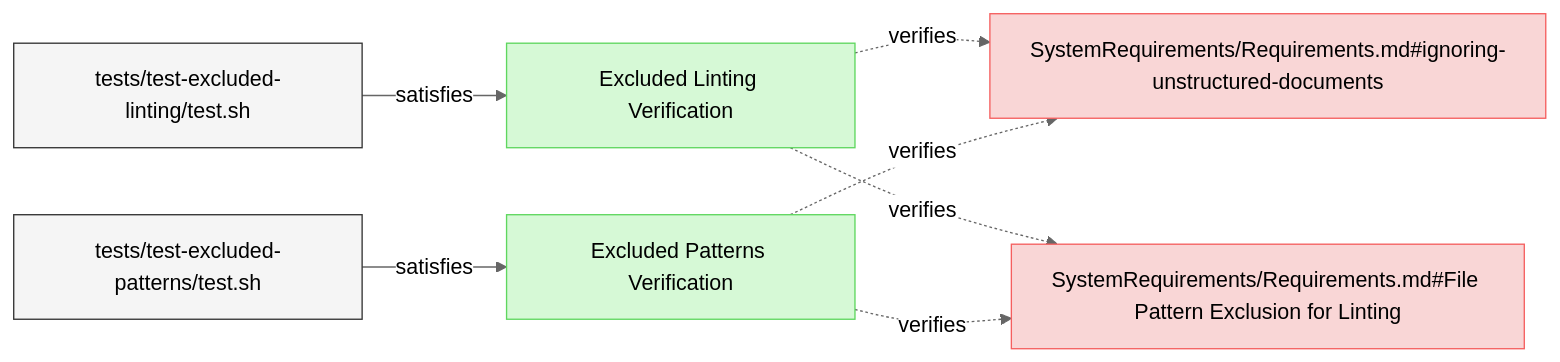
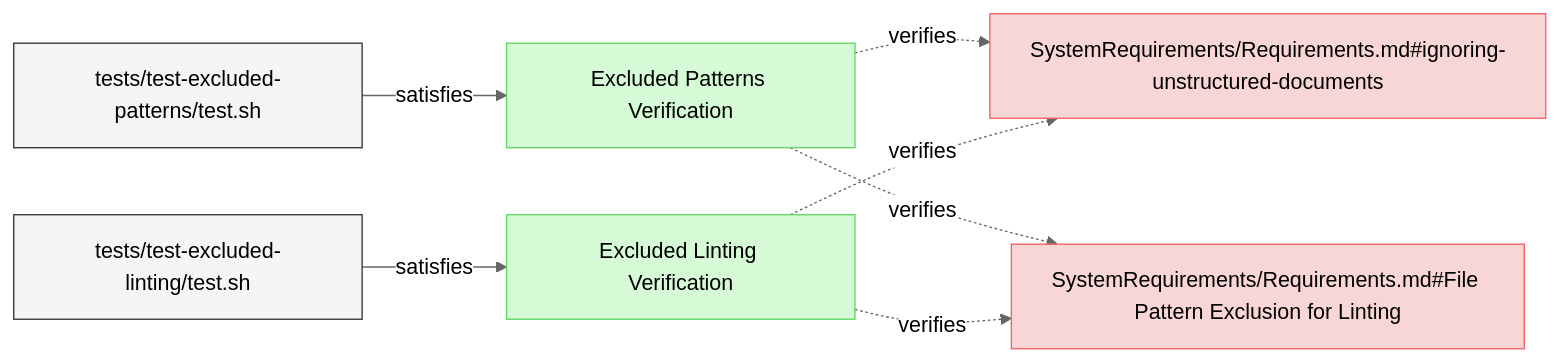
Before and after one commit to reqvire-org/reqvire: the third of 3 diagrams in specifications/Verifications/LintingTests.md, drawn with Mermaid (neutral theme). The commit also changed other lines of this file and 18 other files, not shown here.

````diff
--- a/specifications/Verifications/LintingTests.md
+++ b/specifications/Verifications/LintingTests.md
@@ -235,33 +235,33 @@
 ```mermaid
 graph LR;
   %% Graph styling
   classDef requirement fill:#f9d6d6,stroke:#f55f5f,stroke-width:1px;
   classDef verification fill:#d6f9d6,stroke:#5fd75f,stroke-width:1px;
   classDef externalLink fill:#d0e0ff,stroke:#3080ff,stroke-width:1px;
   classDef default fill:#f5f5f5,stroke:#333333,stroke-width:1px;
 
+  590a4cc1c558992f["Excluded Patterns Verification"];
+  class 590a4cc1c558992f verification;
+  click 590a4cc1c558992f "LintingTests.md#excluded-patterns-verification";
+  be83c2991e9535c7["SystemRequirements/Requirements.md#ignoring-unstructured-documents"];
+  class be83c2991e9535c7 requirement;
+  click be83c2991e9535c7 "../SystemRequirements/Requirements.md#ignoring-unstructured-documents";
+  590a4cc1c558992f -.->|verifies| be83c2991e9535c7;
+  bef37c31db69b66a["SystemRequirements/Requirements.md#File Pattern Exclusion for Linting"];
+  class bef37c31db69b66a requirement;
+  click bef37c31db69b66a "../SystemRequirements/Requirements.md#file-pattern-exclusion-for-linting";
+  590a4cc1c558992f -.->|verifies| bef37c31db69b66a;
+  a29e69e90fa71f39["tests/test-excluded-patterns/test.sh"];
+  class a29e69e90fa71f39 default;
+  click a29e69e90fa71f39 "../../tests/test-excluded-patterns/test.sh";
+  a29e69e90fa71f39 -->|satisfies| 590a4cc1c558992f;
   71b5a1d5e278aa8e["Excluded Linting Verification"];
   class 71b5a1d5e278aa8e verification;
   click 71b5a1d5e278aa8e "LintingTests.md#excluded-linting-verification";
-  be83c2991e9535c7["SystemRequirements/Requirements.md#ignoring-unstructured-documents"];
-  class be83c2991e9535c7 requirement;
-  click be83c2991e9535c7 "../SystemRequirements/Requirements.md#ignoring-unstructured-documents";
   71b5a1d5e278aa8e -.->|verifies| be83c2991e9535c7;
-  bef37c31db69b66a["SystemRequirements/Requirements.md#File Pattern Exclusion for Linting"];
-  class bef37c31db69b66a requirement;
-  click bef37c31db69b66a "../SystemRequirements/Requirements.md#file-pattern-exclusion-for-linting";
   71b5a1d5e278aa8e -.->|verifies| bef37c31db69b66a;
   de8bc63ebb2a09e7["tests/test-excluded-linting/test.sh"];
   class de8bc63ebb2a09e7 default;
   click de8bc63ebb2a09e7 "../../tests/test-excluded-linting/test.sh";
   de8bc63ebb2a09e7 -->|satisfies| 71b5a1d5e278aa8e;
-  590a4cc1c558992f["Excluded Patterns Verification"];
-  class 590a4cc1c558992f verification;
-  click 590a4cc1c558992f "LintingTests.md#excluded-patterns-verification";
-  590a4cc1c558992f -.->|verifies| be83c2991e9535c7;
-  590a4cc1c558992f -.->|verifies| bef37c31db69b66a;
-  a29e69e90fa71f39["tests/test-excluded-patterns/test.sh"];
-  class a29e69e90fa71f39 default;
-  click a29e69e90fa71f39 "../../tests/test-excluded-patterns/test.sh";
-  a29e69e90fa71f39 -->|satisfies| 590a4cc1c558992f;
 ```
````
